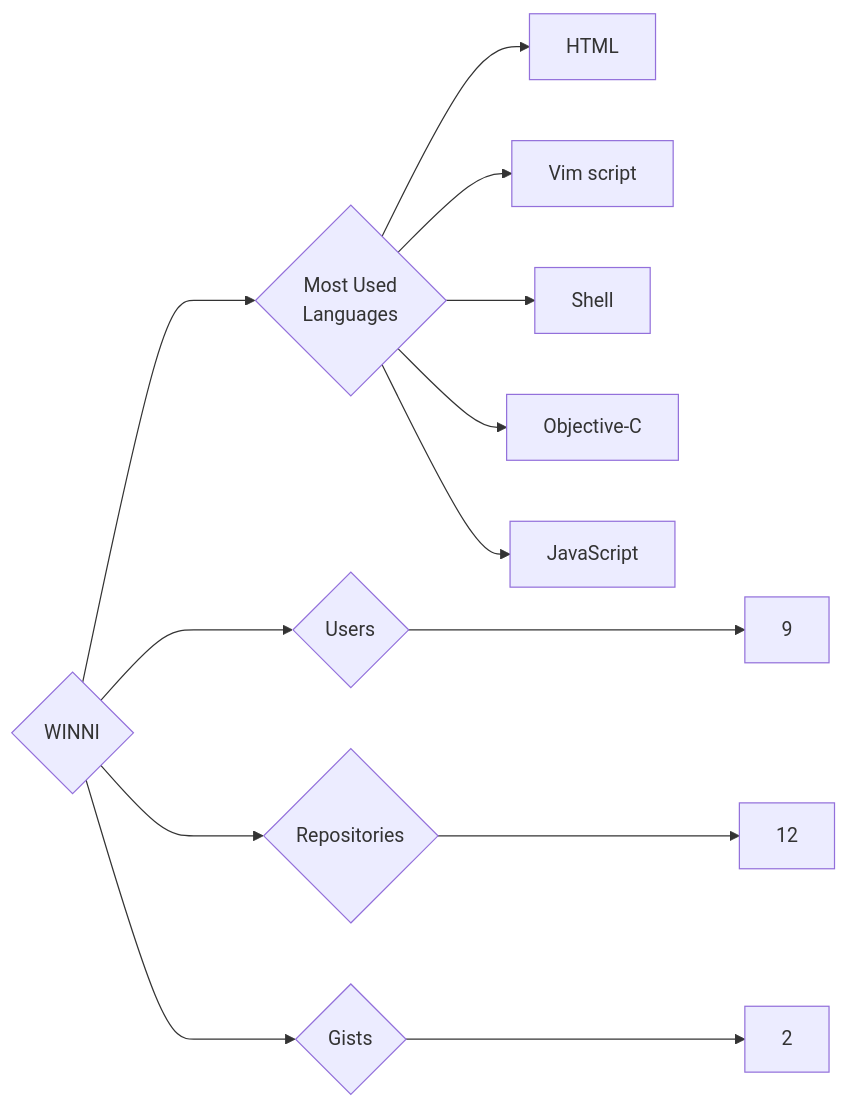
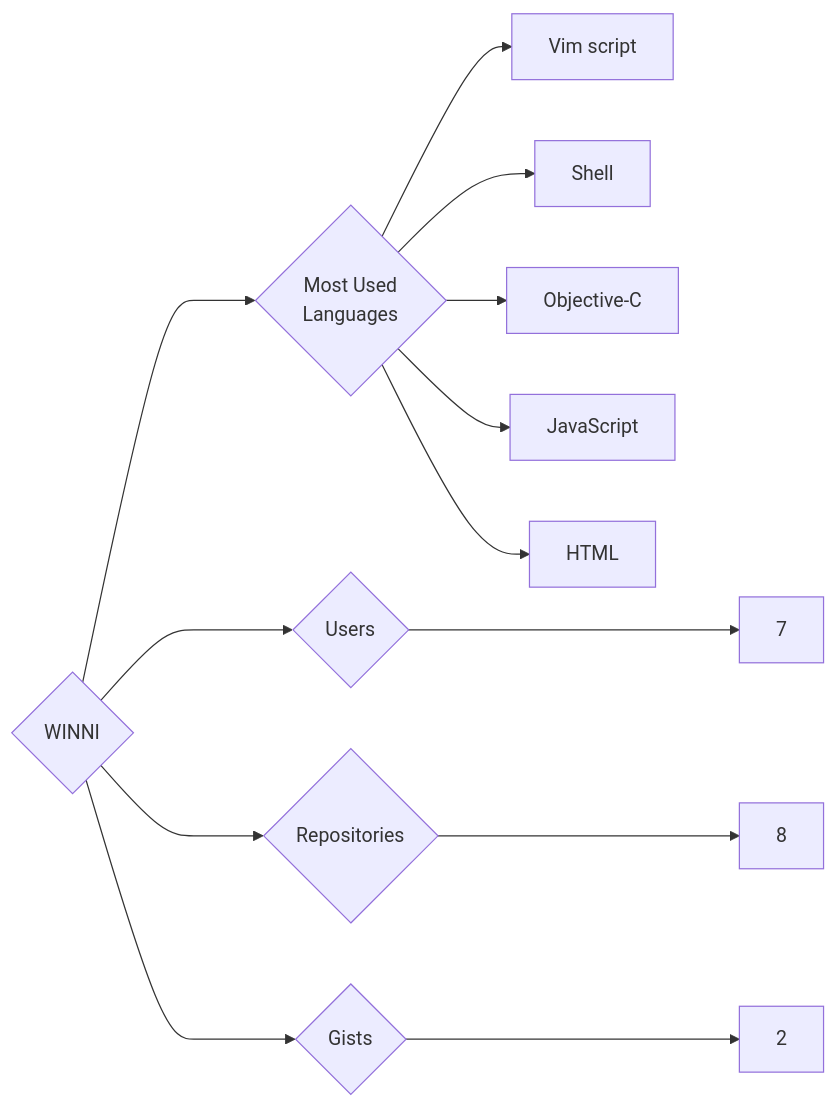
One commit to trickest/insiders changed the diagram in targets/WINNI/README.md. Above: the diagram before and after it, drawn with Mermaid. The commit also changed 920 other files, not shown here.

````diff
--- a/targets/WINNI/README.md
+++ b/targets/WINNI/README.md
@@ -3,13 +3,13 @@
 ```mermaid
 graph LR
 COMPANY_NAME{WINNI}
-COMPANY_NAME ---> U{Users} ---> UN[9]
-COMPANY_NAME ---> R{Repositories} ---> RN[12]
+COMPANY_NAME ---> U{Users} ---> UN[7]
+COMPANY_NAME ---> R{Repositories} ---> RN[8]
 COMPANY_NAME ---> G{Gists} ---> GN[2]
 COMPANY_NAME ---> ML{Most Used<br>Languages}
-ML --> HTML[HTML]
 ML --> Vim_script[Vim script]
 ML --> Shell[Shell]
 ML --> Objective-C[Objective-C]
 ML --> JavaScript[JavaScript]
+ML --> HTML[HTML]
 ```
````
